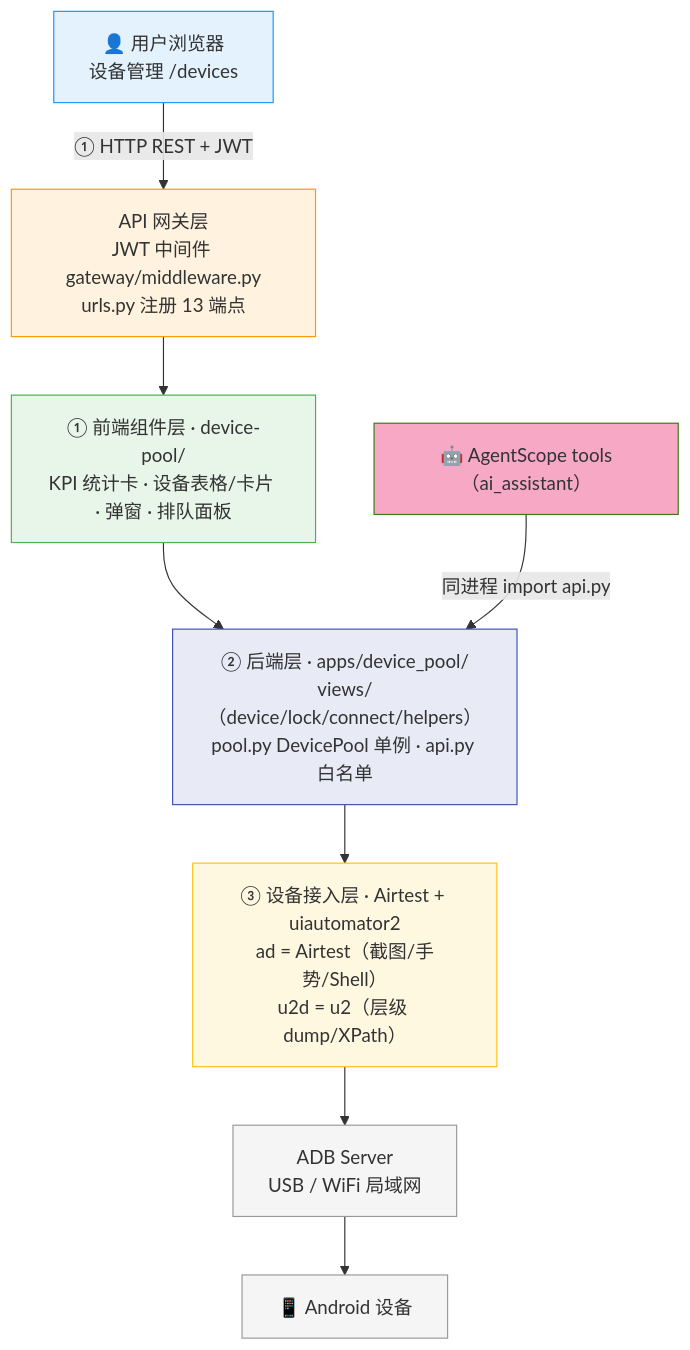
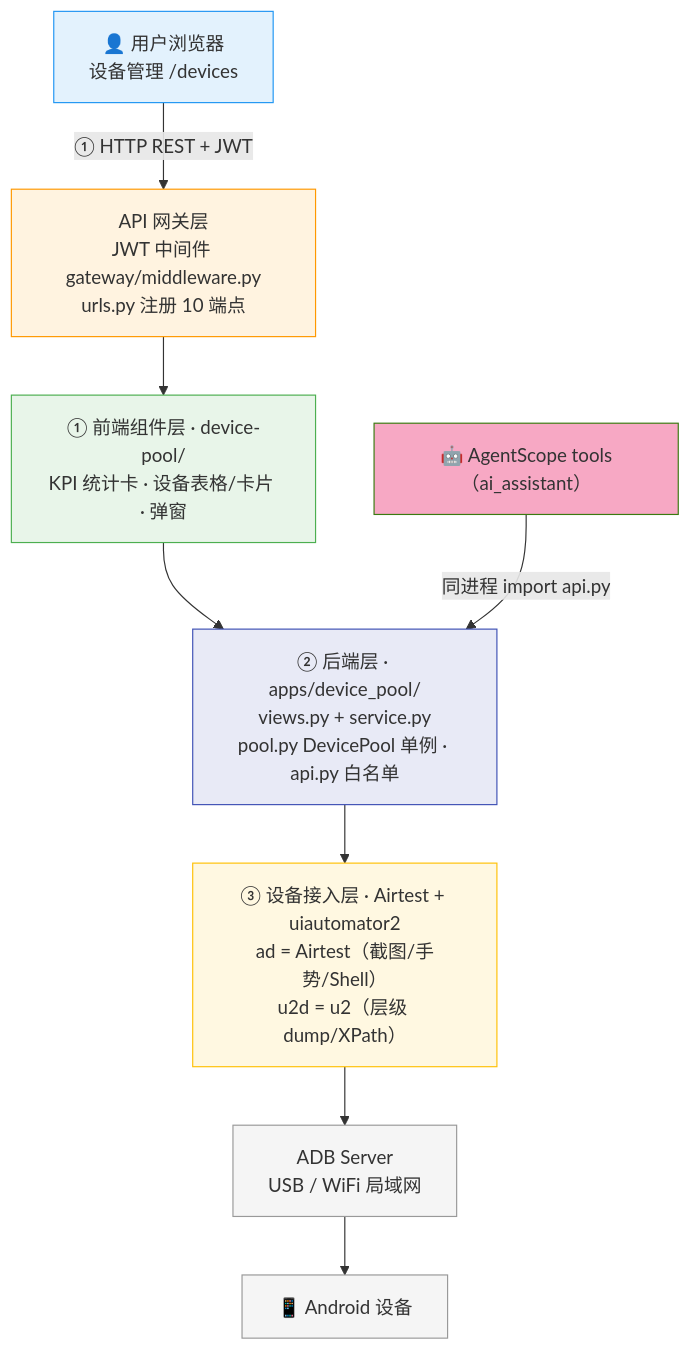
The first of 6 diagrams in dev_docs/03-设计与架构/ARCH-02-设备管理.md (Kahoku-lazy/Android-AutoTests), drawn with Mermaid before and after one commit. The commit also changed other lines of this file and 16 other files, not shown here.

````diff
--- a/dev_docs/03-设计与架构/ARCH-02-设备管理.md
+++ b/dev_docs/03-设计与架构/ARCH-02-设备管理.md
@@ -38,26 +37,26 @@
 ```mermaid
 flowchart TD
     U["👤 用户浏览器<br/>设备管理 /devices"]
 
-    U -->|"① HTTP REST + JWT"| GATEWAY["API 网关层<br/>JWT 中间件 gateway/middleware.py<br/>urls.py 注册 13 端点"]
+    U -->|"① HTTP REST + JWT"| GATEWAY["API 网关层<br/>JWT 中间件 gateway/middleware.py<br/>urls.py 注册 10 端点"]
 
-    GATEWAY --> V["① 前端组件层 · device-pool/<br/>KPI 统计卡 · 设备表格/卡片 · 弹窗 · 排队面板"]
+    GATEWAY --> V["① 前端组件层 · device-pool/<br/>KPI 统计卡 · 设备表格/卡片 · 弹窗"]
 
-    V --> L2["② 后端层 · apps/device_pool/<br/>views/（device/lock/connect/helpers）<br/>pool.py DevicePool 单例 · api.py 白名单"]
+    V --> L2["② 后端层 · apps/device_pool/<br/>views.py + service.py<br/>pool.py DevicePool 单例 · api.py 白名单"]
 
     L2 --> L3["③ 设备接入层 · Airtest + uiautomator2<br/>ad = Airtest（截图/手势/Shell）<br/>u2d = u2（层级 dump/XPath）"]
 
     L3 --> ADB["ADB Server<br/>USB / WiFi 局域网"]
     ADB --> DEV["📱 Android 设备"]
 
     AS["🤖 AgentScope tools（ai_assistant）"] -->|"同进程 import api.py"| L2
 
     style U fill:#e3f2fd,stroke:#2196f3
     style GATEWAY fill:#fff3e0,stroke:#ff9800
     style V fill:#e8f5e9,stroke:#4caf50
     style L2 fill:#e8eaf6,stroke:#3f51b5
     style L3 fill:#fff8e1,stroke:#ffc107
     style ADB fill:#f5f5f5,stroke:#999
     style DEV fill:#f5f5f5,stroke:#999
     style AS fill:#f7a8c4,stroke:#3a7a10
 ```
````
